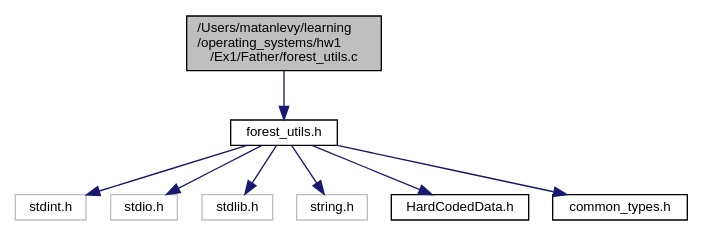
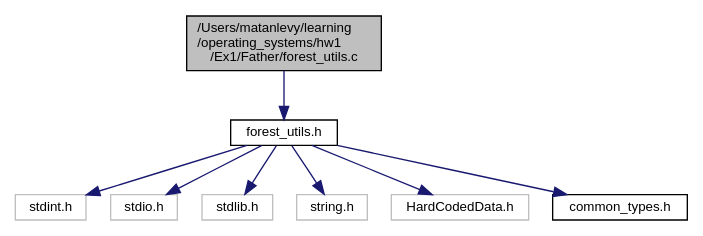
Before and after one commit to LevyMatan/ISP_ex1_doc: the diagram in forest__utils_8c__incl.dot, drawn with Graphviz. The commit also changed 94 other files, not shown here.

```diff
--- a/forest__utils_8c__incl.dot
+++ b/forest__utils_8c__incl.dot
@@ -1,22 +1,22 @@
 digraph "/Users/matanlevy/learning/operating_systems/hw1/Ex1/Father/forest_utils.c"
 {
  // INTERACTIVE_SVG=YES
  // LATEX_PDF_SIZE
   edge [fontname="Helvetica",fontsize="10",labelfontname="Helvetica",labelfontsize="10"];
   node [fontname="Helvetica",fontsize="10",shape=record];
   Node1 [label="/Users/matanlevy/learning\l/operating_systems/hw1\l/Ex1/Father/forest_utils.c",height=0.2,width=0.4,color="black", fillcolor="grey75", style="filled", fontcolor="black",tooltip="Holds all forest related functions. Allows to go through the forest and change each cell to the next ..."];
   Node1 -> Node2 [color="midnightblue",fontsize="10",style="solid",fontname="Helvetica"];
   Node2 [label="forest_utils.h",height=0.2,width=0.4,color="black", fillcolor="white", style="filled",URL="$forest__utils_8h.html",tooltip="This sub-module will handle all forest related functions."];
   Node2 -> Node3 [color="midnightblue",fontsize="10",style="solid",fontname="Helvetica"];
   Node3 [label="stdint.h",height=0.2,width=0.4,color="grey75", fillcolor="white", style="filled",tooltip=" "];
   Node2 -> Node4 [color="midnightblue",fontsize="10",style="solid",fontname="Helvetica"];
   Node4 [label="stdio.h",height=0.2,width=0.4,color="grey75", fillcolor="white", style="filled",tooltip=" "];
   Node2 -> Node5 [color="midnightblue",fontsize="10",style="solid",fontname="Helvetica"];
   Node5 [label="stdlib.h",height=0.2,width=0.4,color="grey75", fillcolor="white", style="filled",tooltip=" "];
   Node2 -> Node6 [color="midnightblue",fontsize="10",style="solid",fontname="Helvetica"];
   Node6 [label="string.h",height=0.2,width=0.4,color="grey75", fillcolor="white", style="filled",tooltip=" "];
   Node2 -> Node7 [color="midnightblue",fontsize="10",style="solid",fontname="Helvetica"];
-  Node7 [label="HardCodedData.h",height=0.2,width=0.4,color="black", fillcolor="white", style="filled",URL="$_father_2_hard_coded_data_8h.html",tooltip="Father hard coded data. Instead of using magic numbers and string in the code, meanigful defined name..."];
+  Node7 [label="HardCodedData.h",height=0.2,width=0.4,color="grey75", fillcolor="white", style="filled",tooltip=" "];
   Node2 -> Node8 [color="midnightblue",fontsize="10",style="solid",fontname="Helvetica"];
   Node8 [label="common_types.h",height=0.2,width=0.4,color="black", fillcolor="white", style="filled",URL="$common__types_8h.html",tooltip="Hold common defenitions and types."];
 }
```
